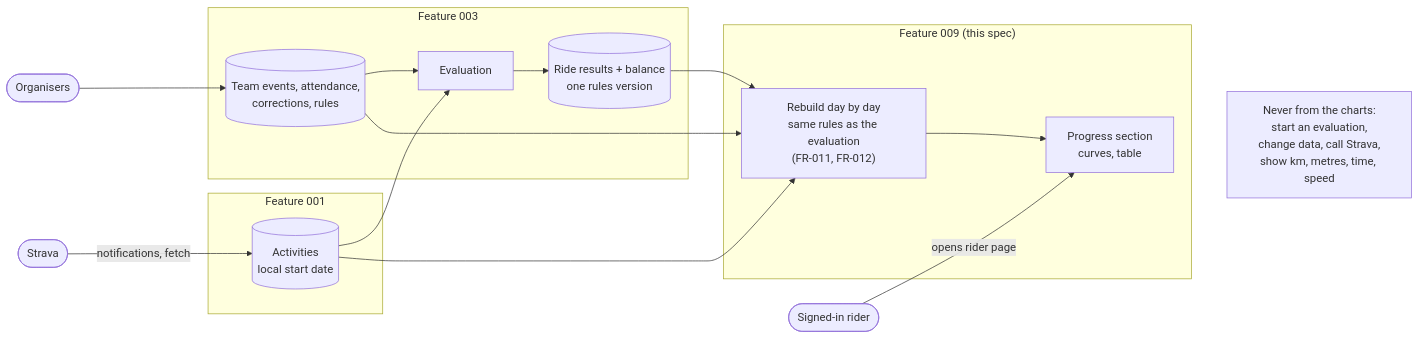
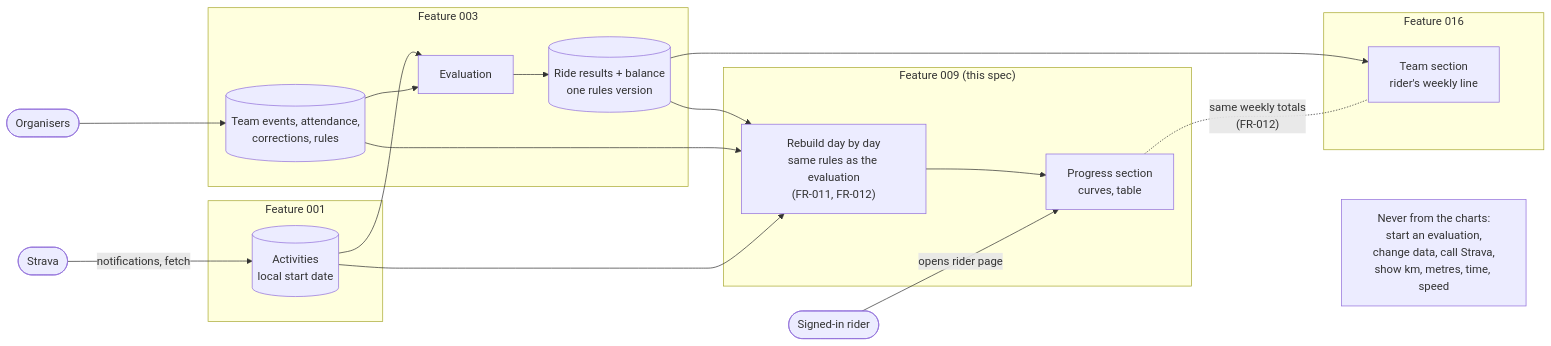
Before and after one commit to SaSteffen/RynkePoints: the second of 9 diagrams in specs/009-rider-progress-charts/spec.md, drawn with Mermaid. The commit also changed other lines of this file, not shown here.

Commit message:
docs(009): bring the progress charts spec up to date with features 011-020

````diff
--- a/specs/009-rider-progress-charts/spec.md
+++ b/specs/009-rider-progress-charts/spec.md
@@ -591,28 +655,34 @@
 ```mermaid
 flowchart LR
     strava(["Strava"])
     org(["Organisers"])
     rider(["Signed-in rider"])
 
     subgraph f001["Feature 001"]
         acts[("Activities<br/>local start date")]
     end
 
     subgraph f003["Feature 003"]
         inputs[("Team events, attendance,<br/>corrections, rules")]
         eval["Evaluation"]
         stored[("Ride results + balance<br/>one rules version")]
     end
 
+    subgraph f016["Feature 016"]
+        weekly["Team section<br/>rider's weekly line"]
+    end
+
     subgraph f009["Feature 009 (this spec)"]
         rebuild["Rebuild day by day<br/>same rules as the evaluation<br/>(FR-011, FR-012)"]
         charts["Progress section<br/>curves, table"]
     end
 
     strava -->|notifications, fetch| acts
     org --> inputs
     acts & inputs --> eval --> stored
     stored & inputs & acts --> rebuild --> charts
+    stored --> weekly
+    charts -. "same weekly totals<br/>(FR-012)" .- weekly
     rider -->|opens rider page| charts
     charts ~~~ never["Never from the charts:<br/>start an evaluation,<br/>change data, call Strava,<br/>show km, metres, time, speed"]
 ```
````
